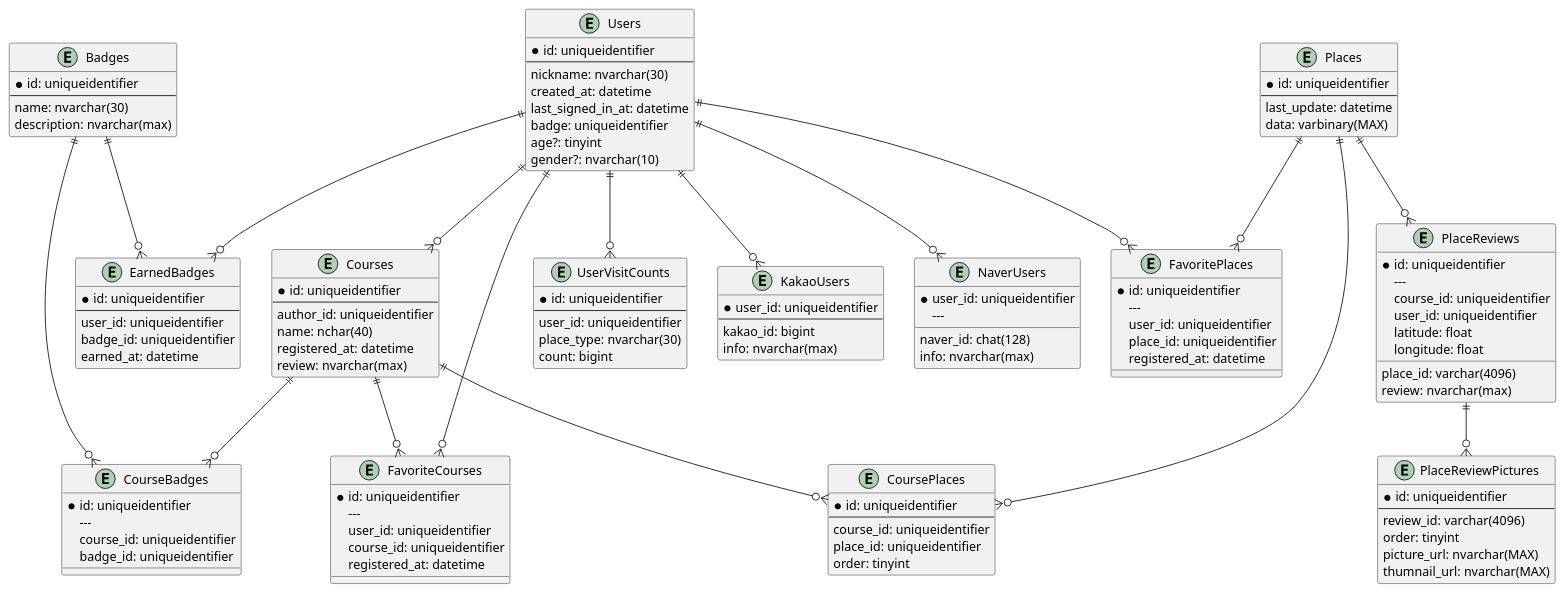
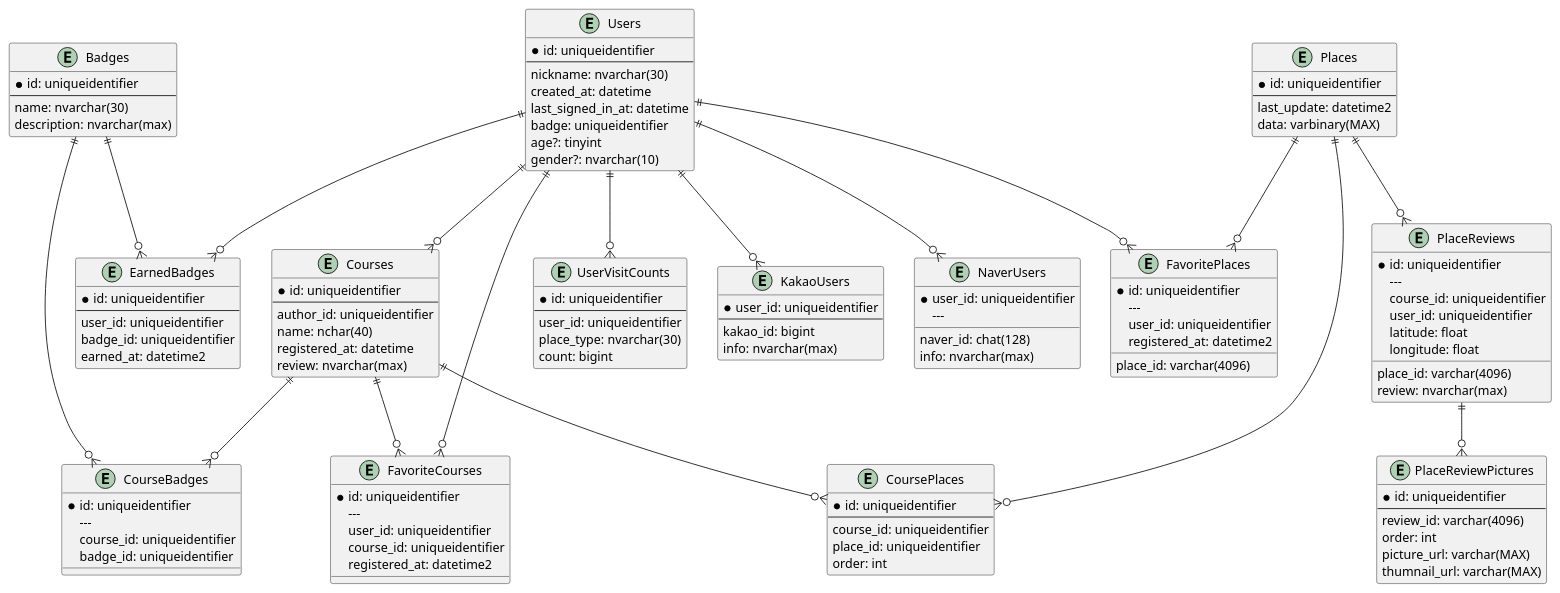
The diagram in doc/ER.puml (snowmerak/ggeco), drawn with PlantUML before and after one commit. The commit also changed 2 other files, not shown here.

```diff
--- a/doc/ER.puml
+++ b/doc/ER.puml
@@ -1,143 +1,143 @@
 @startuml
 
 entity Users {
 	* id: uniqueidentifier
 	---
 	nickname: nvarchar(30)
 	created_at: datetime
 	last_signed_in_at: datetime
 	badge: uniqueidentifier
 	age?: tinyint
 	gender?: nvarchar(10)
 }
 
 entity KakaoUsers {
     * user_id: uniqueidentifier
     ---
     kakao_id: bigint
     info: nvarchar(max)
 }
 
 entity NaverUsers {
 	* user_id: uniqueidentifier
     ---
     naver_id: chat(128)
     info: nvarchar(max)
 }
 
 entity Badges {
     * id: uniqueidentifier
     ---
     name: nvarchar(30)
     description: nvarchar(max)
 }
 
 entity EarnedBadges {
     * id: uniqueidentifier
     ---
     user_id: uniqueidentifier
     badge_id: uniqueidentifier
-    earned_at: datetime
+    earned_at: datetime2
 }
 
 entity Places {
 	* id: uniqueidentifier
 	---
-	last_update: datetime
+	last_update: datetime2
 	data: varbinary(MAX)
 }
 
 entity PlaceReviews {
 	* id: uniqueidentifier
     ---
     place_id: varchar(4096)
     course_id: uniqueidentifier
     user_id: uniqueidentifier
     latitude: float
     longitude: float
     review: nvarchar(max)
 }
 
 entity PlaceReviewPictures {
 	* id: uniqueidentifier
 	---
 	review_id: varchar(4096)
-	order: tinyint
-	picture_url: nvarchar(MAX)
-	thumnail_url: nvarchar(MAX)
+	order: int
+	picture_url: varchar(MAX)
+	thumnail_url: varchar(MAX)
 }
 
 entity Courses {
 	* id: uniqueidentifier
 	---
 	author_id: uniqueidentifier
 	name: nchar(40)
 	registered_at: datetime
 	review: nvarchar(max)
 }
 
 entity CoursePlaces {
     * id: uniqueidentifier
     ---
     course_id: uniqueidentifier
     place_id: uniqueidentifier
-    order: tinyint
+    order: int
 }
 
 entity CourseBadges {
 	* id: uniqueidentifier
     ---
     course_id: uniqueidentifier
     badge_id: uniqueidentifier
 }
 
 entity FavoriteCourses {
 	* id: uniqueidentifier
     ---
     user_id: uniqueidentifier
     course_id: uniqueidentifier
-    registered_at: datetime
+    registered_at: datetime2
 }
 
 entity FavoritePlaces {
 	* id: uniqueidentifier
     ---
     user_id: uniqueidentifier
-    place_id: uniqueidentifier
-    registered_at: datetime
+    place_id: varchar(4096)
+    registered_at: datetime2
 }
 
 entity UserVisitCounts {
     * id: uniqueidentifier
     ---
     user_id: uniqueidentifier
     place_type: nvarchar(30)
     count: bigint
 }
 
 Users ||--o{ KakaoUsers
 Users ||--o{ NaverUsers
 
 Users ||--o{ EarnedBadges
 Badges ||--o{ EarnedBadges
 
 Users ||--o{ FavoriteCourses
 Courses ||--o{ FavoriteCourses
 
 Users ||--o{ FavoritePlaces
 Places ||--o{ FavoritePlaces
 
 Users ||--o{ Courses
 
 Courses ||--o{ CoursePlaces
 Places ||--o{ CoursePlaces
 Places ||--o{ PlaceReviews
 
 PlaceReviews ||--o{ PlaceReviewPictures
 
 Courses ||--o{ CourseBadges
 Badges ||--o{ CourseBadges
 
 Users ||--o{ UserVisitCounts
 
 @enduml
```
